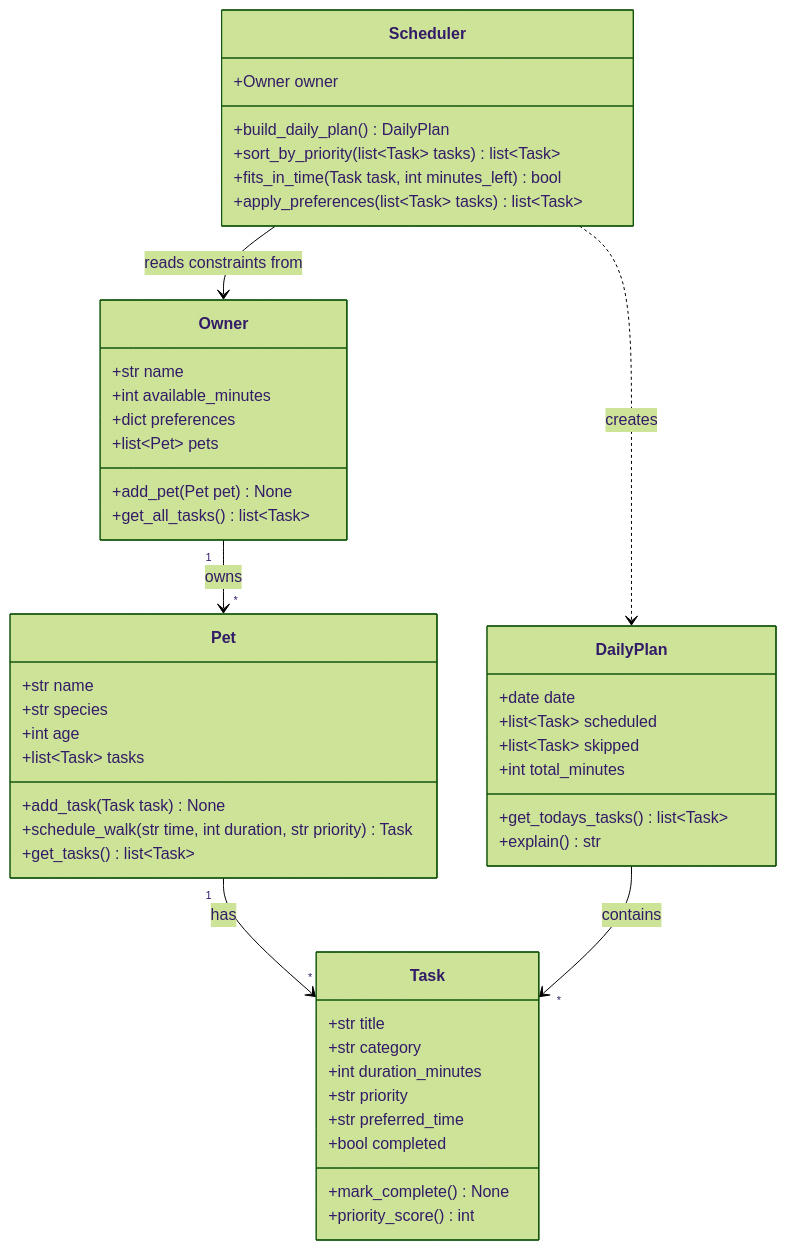
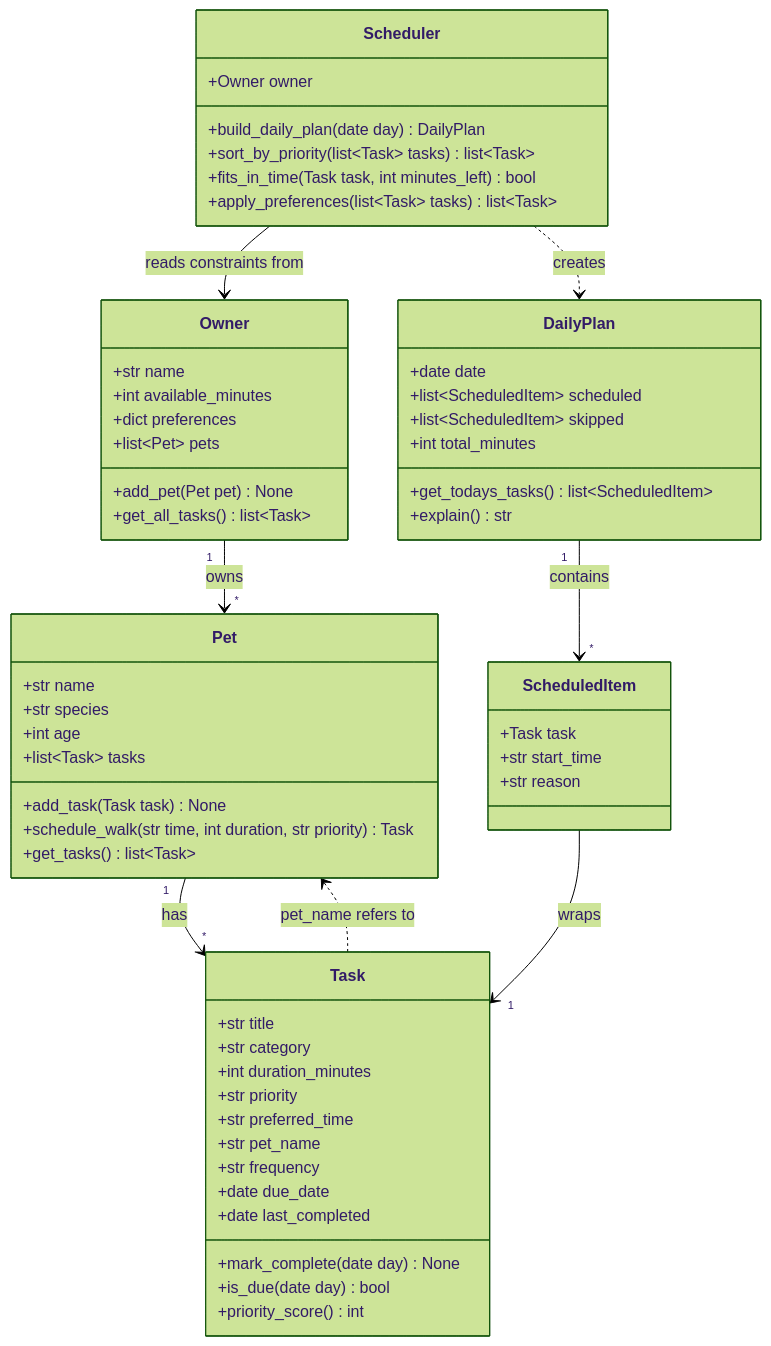
One commit to BronsonChow/ai110-module2show-pawpal-starter changed the diagram in diagrams/uml.mmd. Above: the diagram before and after it, drawn with Mermaid (forest theme). The commit also changed 3 other files, not shown here.

Commit message:
P1S5 updated uml relationships

```diff
--- a/diagrams/uml.mmd
+++ b/diagrams/uml.mmd
@@ -1,57 +1,69 @@
 classDiagram
     %% PawPal+ initial design
     %% Core actions: add a pet (Owner), schedule a walk / any task (Pet + Task),
     %% see today's tasks (Scheduler -> DailyPlan)
 
     class Owner {
         +str name
         +int available_minutes
         +dict preferences
         +list~Pet~ pets
         +add_pet(Pet pet) None
         +get_all_tasks() list~Task~
     }
 
     class Pet {
         +str name
         +str species
         +int age
         +list~Task~ tasks
         +add_task(Task task) None
         +schedule_walk(str time, int duration, str priority) Task
         +get_tasks() list~Task~
     }
 
     class Task {
         +str title
         +str category
         +int duration_minutes
         +str priority
         +str preferred_time
-        +bool completed
-        +mark_complete() None
+        +str pet_name
+        +str frequency
+        +date due_date
+        +date last_completed
+        +mark_complete(date day) None
+        +is_due(date day) bool
         +priority_score() int
     }
 
     class Scheduler {
         +Owner owner
-        +build_daily_plan() DailyPlan
+        +build_daily_plan(date day) DailyPlan
         +sort_by_priority(list~Task~ tasks) list~Task~
         +fits_in_time(Task task, int minutes_left) bool
         +apply_preferences(list~Task~ tasks) list~Task~
     }
 
+    class ScheduledItem {
+        +Task task
+        +str start_time
+        +str reason
+    }
+
     class DailyPlan {
         +date date
-        +list~Task~ scheduled
-        +list~Task~ skipped
+        +list~ScheduledItem~ scheduled
+        +list~ScheduledItem~ skipped
         +int total_minutes
-        +get_todays_tasks() list~Task~
+        +get_todays_tasks() list~ScheduledItem~
         +explain() str
     }
 
     Owner "1" --> "*" Pet : owns
     Pet "1" --> "*" Task : has
     Scheduler --> Owner : reads constraints from
     Scheduler ..> DailyPlan : creates
-    DailyPlan --> "*" Task : contains
+    DailyPlan "1" --> "*" ScheduledItem : contains
+    ScheduledItem --> "1" Task : wraps
+    Task ..> Pet : pet_name refers to
```
